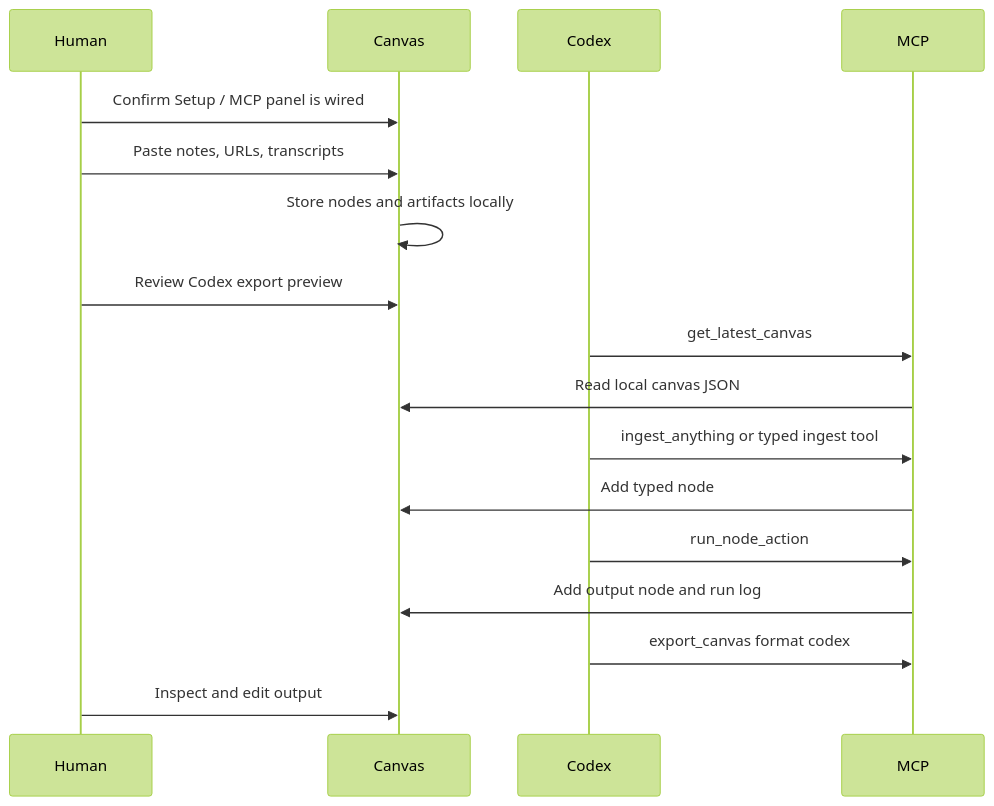
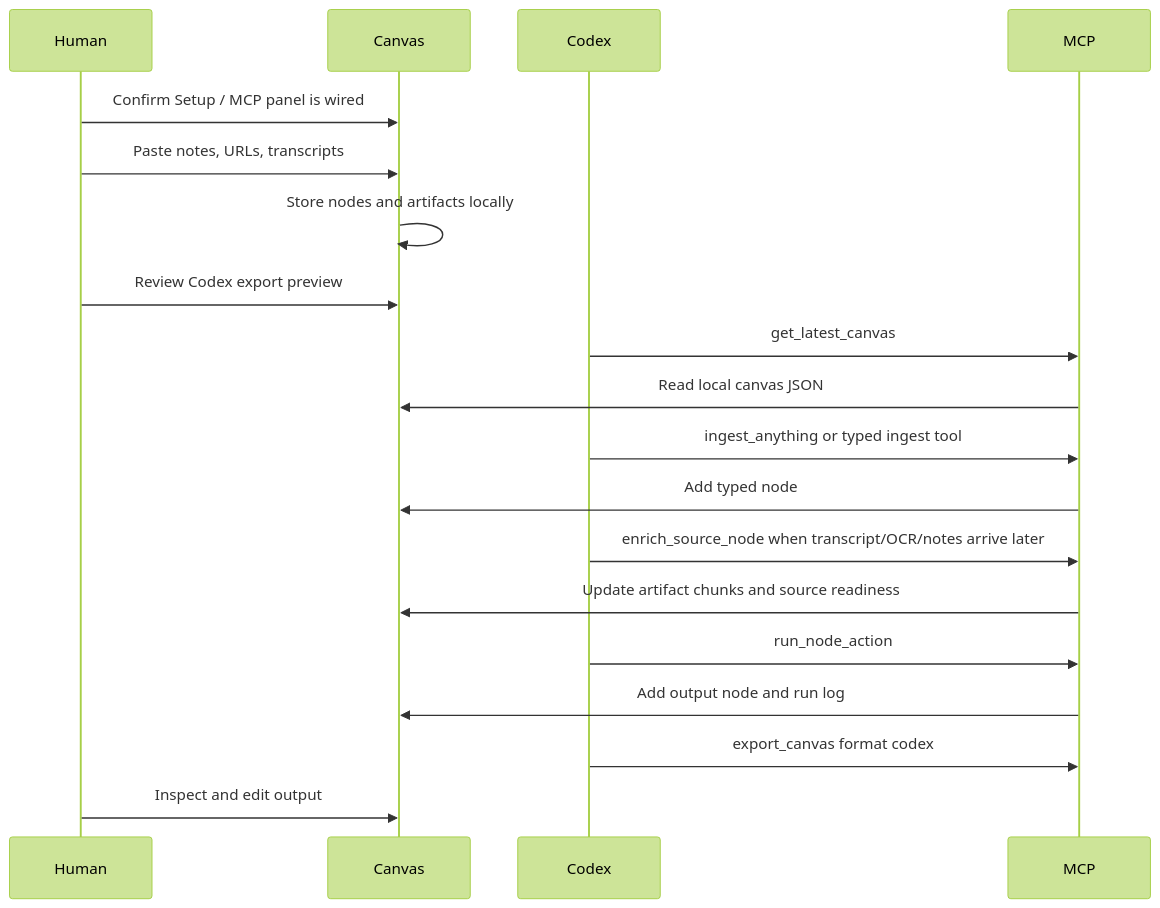
The second of 2 diagrams in docs/user-flows.md (frankxai/starlight-agent-canvas), drawn with Mermaid (forest theme) before and after one commit. The commit also changed other lines of this file and 30 other files, not shown here.

````diff
--- a/docs/user-flows.md
+++ b/docs/user-flows.md
@@ -121,20 +136,22 @@
 ```mermaid
 sequenceDiagram
   participant Human
   participant Canvas
   participant Codex
   participant MCP
 
   Human->>Canvas: Confirm Setup / MCP panel is wired
   Human->>Canvas: Paste notes, URLs, transcripts
   Canvas->>Canvas: Store nodes and artifacts locally
   Human->>Canvas: Review Codex export preview
   Codex->>MCP: get_latest_canvas
   MCP->>Canvas: Read local canvas JSON
   Codex->>MCP: ingest_anything or typed ingest tool
   MCP->>Canvas: Add typed node
+  Codex->>MCP: enrich_source_node when transcript/OCR/notes arrive later
+  MCP->>Canvas: Update artifact chunks and source readiness
   Codex->>MCP: run_node_action
   MCP->>Canvas: Add output node and run log
   Codex->>MCP: export_canvas format codex
   Human->>Canvas: Inspect and edit output
 ```
````
